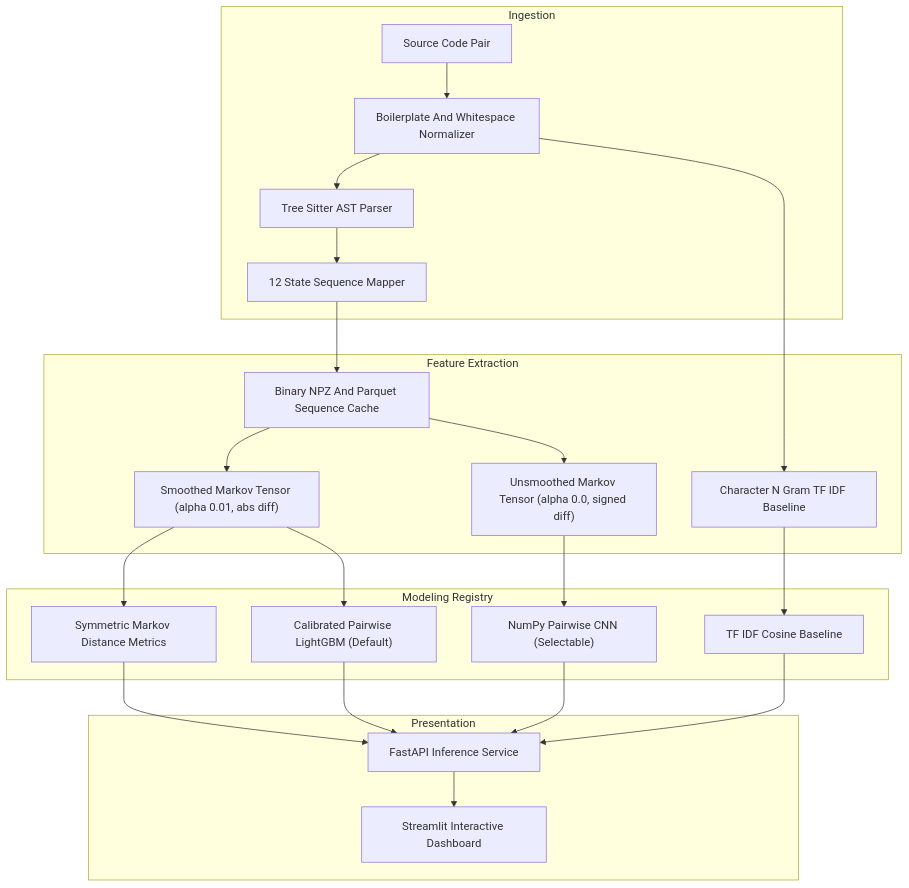
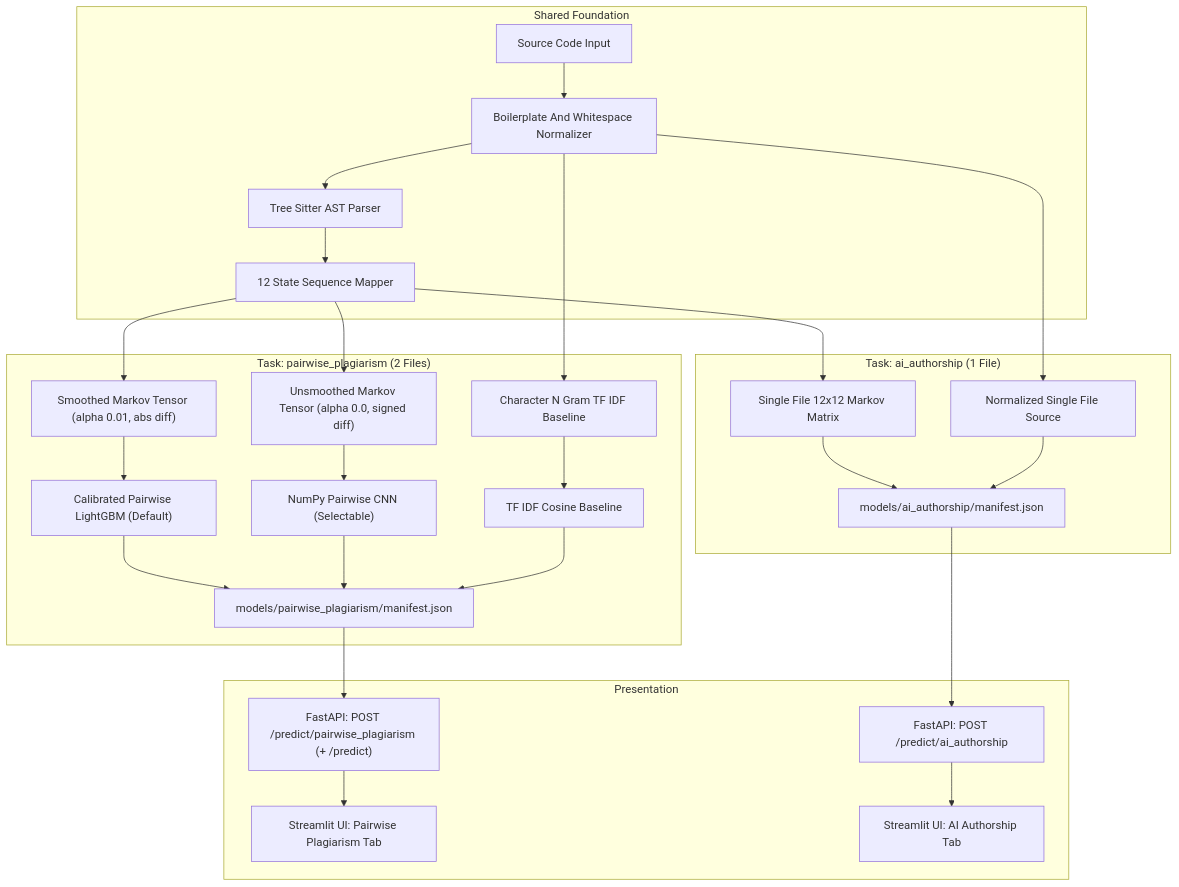
One commit to dokyuhan/TC3002B_reto changed the diagram in docs/architecture.mmd. Above: the diagram before and after it, drawn with Mermaid. The commit also changed 20 other files, not shown here.

Commit message:
feat: isolate pairwise_plagiarism and ai_authorship task boundaries across registry, API, and UI

```diff
--- a/docs/architecture.mmd
+++ b/docs/architecture.mmd
@@ -1,28 +1,32 @@
 flowchart TD
-    subgraph Ingestion
-        A1["Source Code Pair"] --> B1["Boilerplate And Whitespace Normalizer"]
+    subgraph SharedFoundation["Shared Foundation"]
+        A1["Source Code Input"] --> B1["Boilerplate And Whitespace Normalizer"]
         B1 --> C1["Tree Sitter AST Parser"]
         C1 --> D1["12 State Sequence Mapper"]
     end
 
-    subgraph FeaturePipeline["Feature Extraction"]
-        D1 --> F1["Binary NPZ And Parquet Sequence Cache"]
-        F1 --> E1["Smoothed Markov Tensor (alpha 0.01, abs diff)"]
-        F1 --> E3["Unsmoothed Markov Tensor (alpha 0.0, signed diff)"]
-        B1 --> E2["Character N Gram TF IDF Baseline"]
+    subgraph PairwisePlagiarism["Task: pairwise_plagiarism (2 Files)"]
+        D1 --> P1["Smoothed Markov Tensor (alpha 0.01, abs diff)"]
+        D1 --> P2["Unsmoothed Markov Tensor (alpha 0.0, signed diff)"]
+        B1 --> P3["Character N Gram TF IDF Baseline"]
+        P1 --> PM1["Calibrated Pairwise LightGBM (Default)"]
+        P2 --> PM2["NumPy Pairwise CNN (Selectable)"]
+        P3 --> PM3["TF IDF Cosine Baseline"]
+        PM1 --> PR["models/pairwise_plagiarism/manifest.json"]
+        PM2 --> PR
+        PM3 --> PR
     end
 
-    subgraph ModelingEngine["Modeling Registry"]
-        E1 --> G1["Symmetric Markov Distance Metrics"]
-        E1 --> G2["Calibrated Pairwise LightGBM (Default)"]
-        E3 --> G4["NumPy Pairwise CNN (Selectable)"]
-        E2 --> G3["TF IDF Cosine Baseline"]
+    subgraph AiAuthorship["Task: ai_authorship (1 File)"]
+        D1 --> AI1["Single File 12x12 Markov Matrix"]
+        B1 --> AI2["Normalized Single File Source"]
+        AI1 --> AIR["models/ai_authorship/manifest.json"]
+        AI2 --> AIR
     end
 
     subgraph ServiceLayer["Presentation"]
-        G1 --> H1["FastAPI Inference Service"]
-        G2 --> H1
-        G4 --> H1
-        G3 --> H1
-        H1 --> I1["Streamlit Interactive Dashboard"]
+        PR --> H1["FastAPI: POST /predict/pairwise_plagiarism (+ /predict)"]
+        AIR --> H2["FastAPI: POST /predict/ai_authorship"]
+        H1 --> I1["Streamlit UI: Pairwise Plagiarism Tab"]
+        H2 --> I2["Streamlit UI: AI Authorship Tab"]
     end
```
